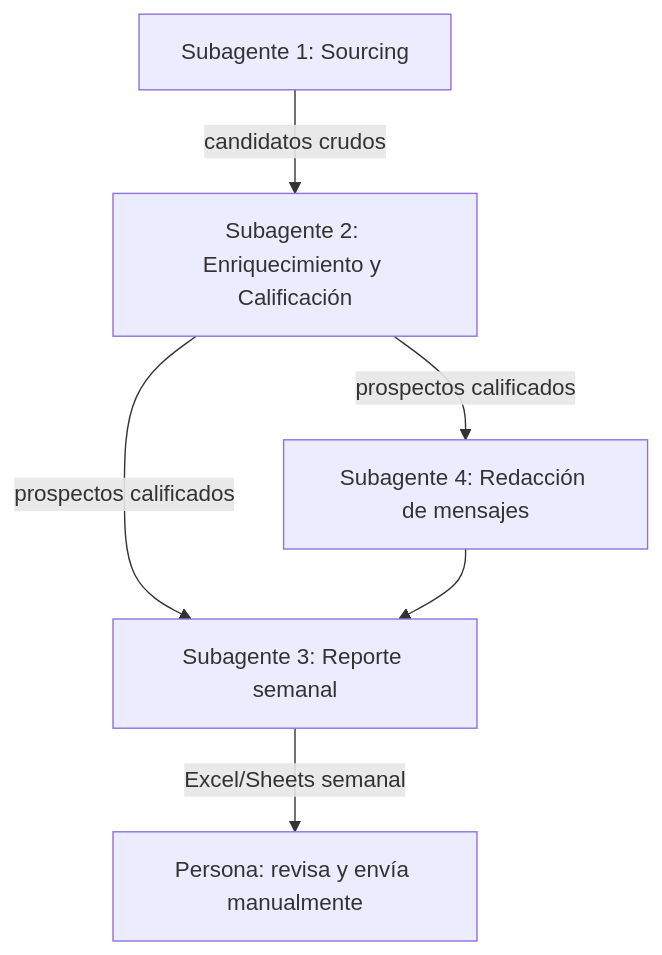
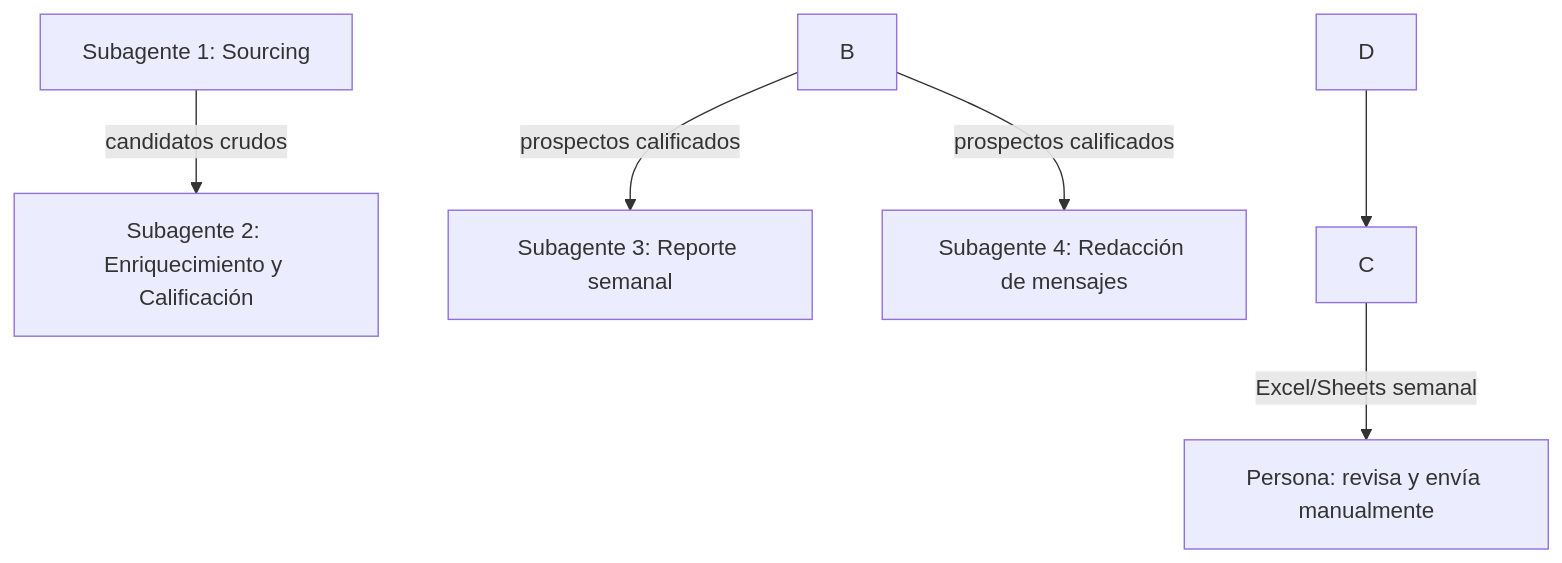
Before and after one commit to diegoalmu/agente_ventas: the diagram in README.md, drawn with Mermaid. The commit also changed other lines of this file, not shown here.

````diff
--- a/README.md
+++ b/README.md
@@ -22,8 +19,8 @@
 ```mermaid
 flowchart TD
-    A[Subagente 1: Sourcing] -->|candidatos crudos| B[Subagente 2: Enriquecimiento y Calificación]
-    B -->|prospectos calificados| C[Subagente 3: Reporte semanal]
-    B -->|prospectos calificados| D[Subagente 4: Redacción de mensajes]
+    A\[Subagente 1: Sourcing] -->|candidatos crudos| B\[Subagente 2: Enriquecimiento y Calificación]
+    B -->|prospectos calificados| C\[Subagente 3: Reporte semanal]
+    B -->|prospectos calificados| D\[Subagente 4: Redacción de mensajes]
     D --> C
-    C -->|Excel/Sheets semanal| E[Persona: revisa y envía manualmente]
+    C -->|Excel/Sheets semanal| E\[Persona: revisa y envía manualmente]
 ```
````
